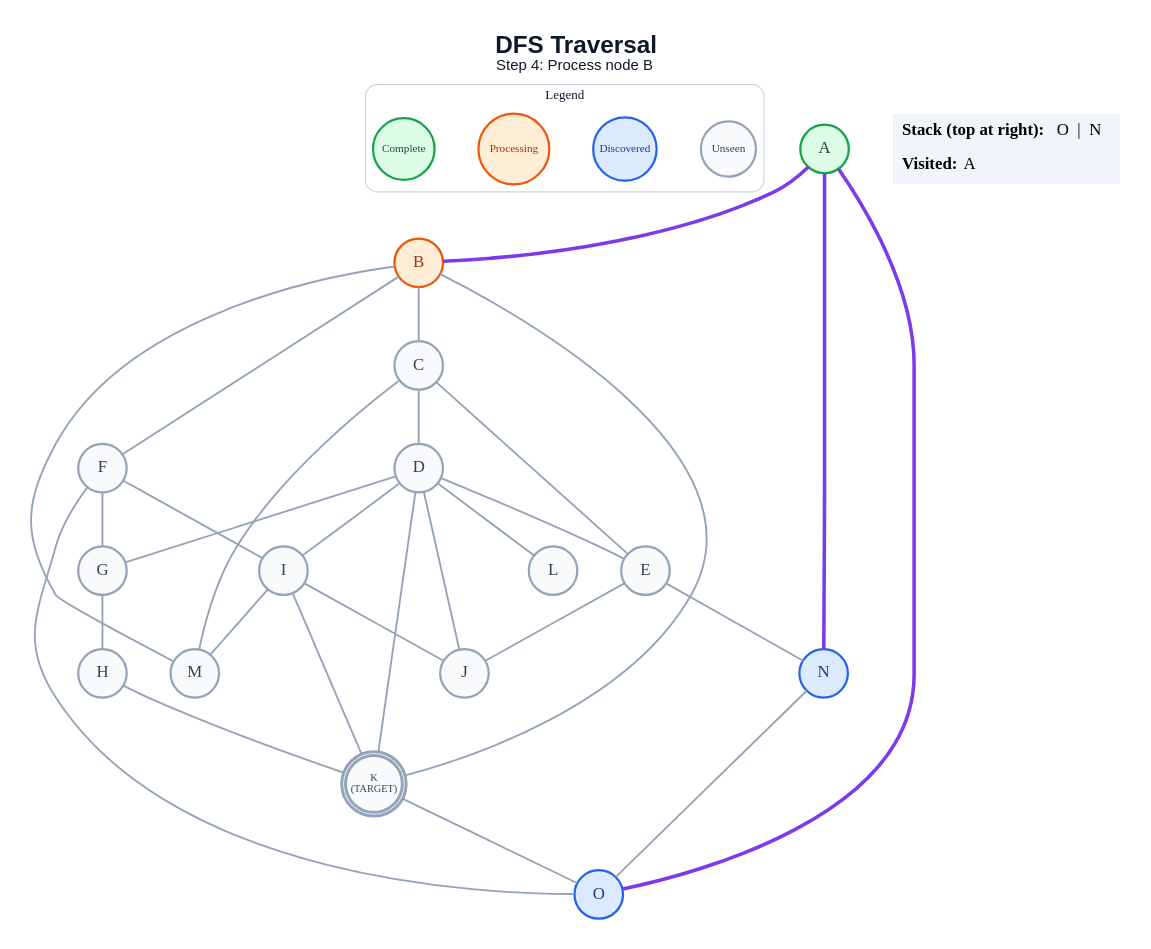
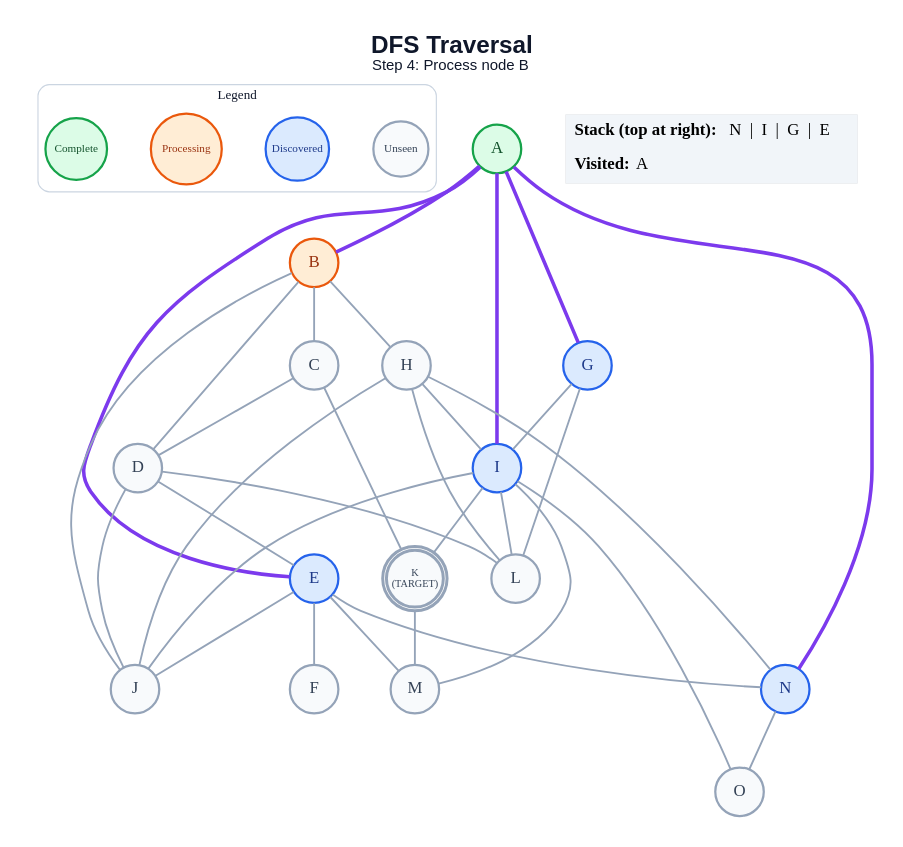
The diagram in generated/dfs/step_04.dot (anon7238593-create/ai-slop), drawn with Graphviz before and after one commit. The commit also changed 275 other files, not shown here.

```diff
--- a/generated/dfs/step_04.dot
+++ b/generated/dfs/step_04.dot
@@ -1,62 +1,65 @@
 graph traversal {
   graph [layout=dot, rankdir=TB, bgcolor="#FFFFFF", pad="0.35", nodesep="0.65", ranksep="0.8", fontname="Arial"];
   node [shape=circle, style="filled", fontname="Arial Bold", fontsize=18, width=0.72, fixedsize=true, penwidth=2.4];
   edge [color="#94A3B8", penwidth=2.0];
   label=<<B>DFS Traversal</B><BR/><FONT POINT-SIZE="16">Step 4: Process node B</FONT>>; labelloc="t"; fontsize=26; fontname="Arial"; fontcolor="#0F172A";
   subgraph cluster_legend { label="Legend"; color="#CBD5E1"; penwidth=1.2; style="rounded"; fontsize=14; fontname="Arial Bold";
     key_unseen [label="Unseen", fillcolor="#F8FAFC", color="#94A3B8", fontcolor="#334155", fontsize=12, width=0.82];
     key_frontier [label="Discovered", fillcolor="#DBEAFE", color="#2563EB", fontcolor="#1E3A8A", fontsize=12, width=0.95];
     key_current [label="Processing", fillcolor="#FFEDD5", color="#EA580C", fontcolor="#9A3412", fontsize=12, width=1.05];
     key_done [label="Complete", fillcolor="#DCFCE7", color="#16A34A", fontcolor="#14532D", fontsize=12, width=0.92];
     { rank=same; key_unseen; key_frontier; key_current; key_done; }
   }
   A [label="A", fillcolor="#DCFCE7", color="#16A34A", fontcolor="#14532D", peripheries=1, penwidth=2.4];
   B [label="B", fillcolor="#FFEDD5", color="#EA580C", fontcolor="#9A3412", peripheries=1, penwidth=2.4];
   C [label="C", fillcolor="#F8FAFC", color="#94A3B8", fontcolor="#334155", peripheries=1, penwidth=2.4];
   D [label="D", fillcolor="#F8FAFC", color="#94A3B8", fontcolor="#334155", peripheries=1, penwidth=2.4];
-  E [label="E", fillcolor="#F8FAFC", color="#94A3B8", fontcolor="#334155", peripheries=1, penwidth=2.4];
+  E [label="E", fillcolor="#DBEAFE", color="#2563EB", fontcolor="#1E3A8A", peripheries=1, penwidth=2.4];
   F [label="F", fillcolor="#F8FAFC", color="#94A3B8", fontcolor="#334155", peripheries=1, penwidth=2.4];
-  G [label="G", fillcolor="#F8FAFC", color="#94A3B8", fontcolor="#334155", peripheries=1, penwidth=2.4];
+  G [label="G", fillcolor="#DBEAFE", color="#2563EB", fontcolor="#1E3A8A", peripheries=1, penwidth=2.4];
   H [label="H", fillcolor="#F8FAFC", color="#94A3B8", fontcolor="#334155", peripheries=1, penwidth=2.4];
-  I [label="I", fillcolor="#F8FAFC", color="#94A3B8", fontcolor="#334155", peripheries=1, penwidth=2.4];
+  I [label="I", fillcolor="#DBEAFE", color="#2563EB", fontcolor="#1E3A8A", peripheries=1, penwidth=2.4];
   J [label="J", fillcolor="#F8FAFC", color="#94A3B8", fontcolor="#334155", peripheries=1, penwidth=2.4];
   K [label="K\n(TARGET)", fillcolor="#F8FAFC", color="#94A3B8", fontcolor="#334155", peripheries=2, penwidth=3.2, fontsize=11, width=0.85, height=0.85];
   L [label="L", fillcolor="#F8FAFC", color="#94A3B8", fontcolor="#334155", peripheries=1, penwidth=2.4];
   M [label="M", fillcolor="#F8FAFC", color="#94A3B8", fontcolor="#334155", peripheries=1, penwidth=2.4];
   N [label="N", fillcolor="#DBEAFE", color="#2563EB", fontcolor="#1E3A8A", peripheries=1, penwidth=2.4];
-  O [label="O", fillcolor="#DBEAFE", color="#2563EB", fontcolor="#1E3A8A", peripheries=1, penwidth=2.4];
+  O [label="O", fillcolor="#F8FAFC", color="#94A3B8", fontcolor="#334155", peripheries=1, penwidth=2.4];
   A -- B [color="#7C3AED", penwidth=3.8];
+  A -- E [color="#7C3AED", penwidth=3.8];
+  A -- G [color="#7C3AED", penwidth=3.8];
+  A -- I [color="#7C3AED", penwidth=3.8];
   A -- N [color="#7C3AED", penwidth=3.8];
-  A -- O [color="#7C3AED", penwidth=3.8];
   B -- C;
-  B -- F;
-  B -- K;
-  B -- M;
+  B -- D;
+  B -- H;
+  B -- J;
   C -- D;
-  C -- E;
-  C -- M;
+  C -- K;
   D -- E;
-  D -- G;
-  D -- I;
   D -- J;
-  D -- K;
   D -- L;
+  E -- F;
   E -- J;
+  E -- M;
   E -- N;
-  F -- G;
-  F -- I;
-  F -- O;
-  G -- H;
-  H -- K;
+  G -- I;
+  G -- L;
+  H -- I;
+  H -- J;
+  H -- L;
+  H -- N;
   I -- J;
   I -- K;
+  I -- L;
   I -- M;
-  K -- O;
+  I -- O;
+  K -- M;
   N -- O;
   status [shape=plain, fixedsize=false, width=0, height=0, margin=0, label=<
     <TABLE BORDER="0" CELLBORDER="0" CELLPADDING="7" BGCOLOR="#F1F5F9">
-      <TR><TD ALIGN="LEFT"><B>Stack (top at right):</B> O  |  N</TD></TR>
+      <TR><TD ALIGN="LEFT"><B>Stack (top at right):</B> N  |  I  |  G  |  E</TD></TR>
       <TR><TD ALIGN="LEFT"><B>Visited:</B> A</TD></TR>
     </TABLE>
   >];
 }
```
